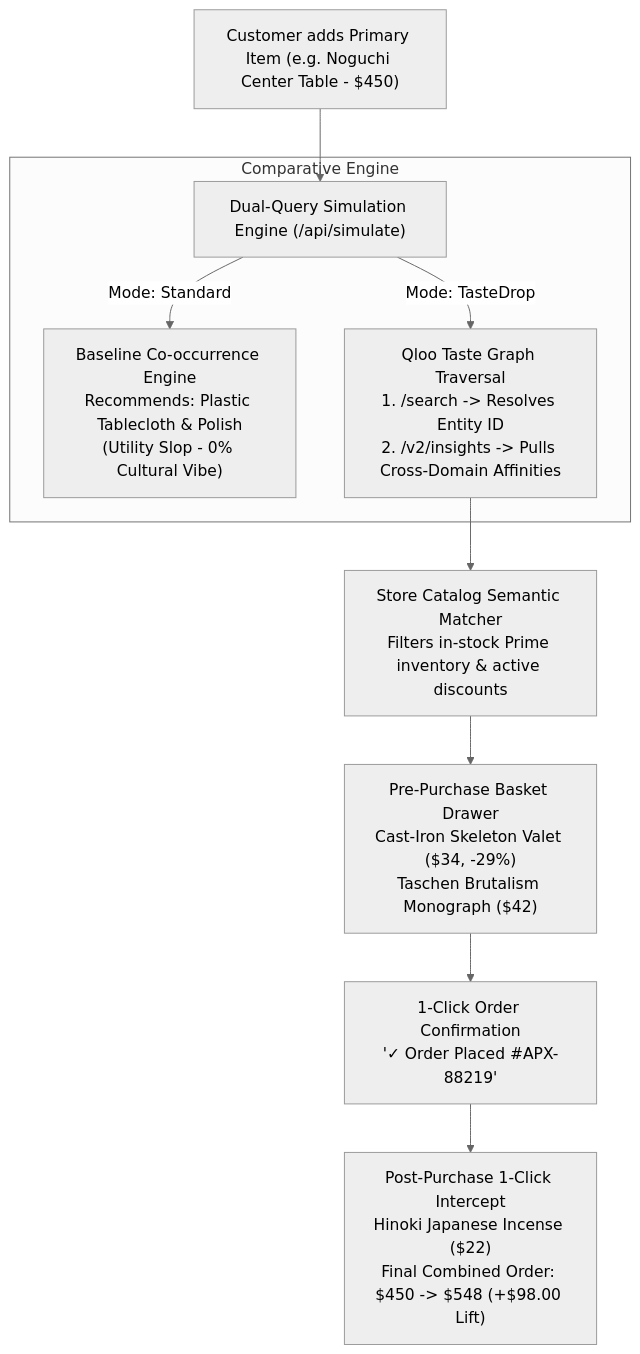
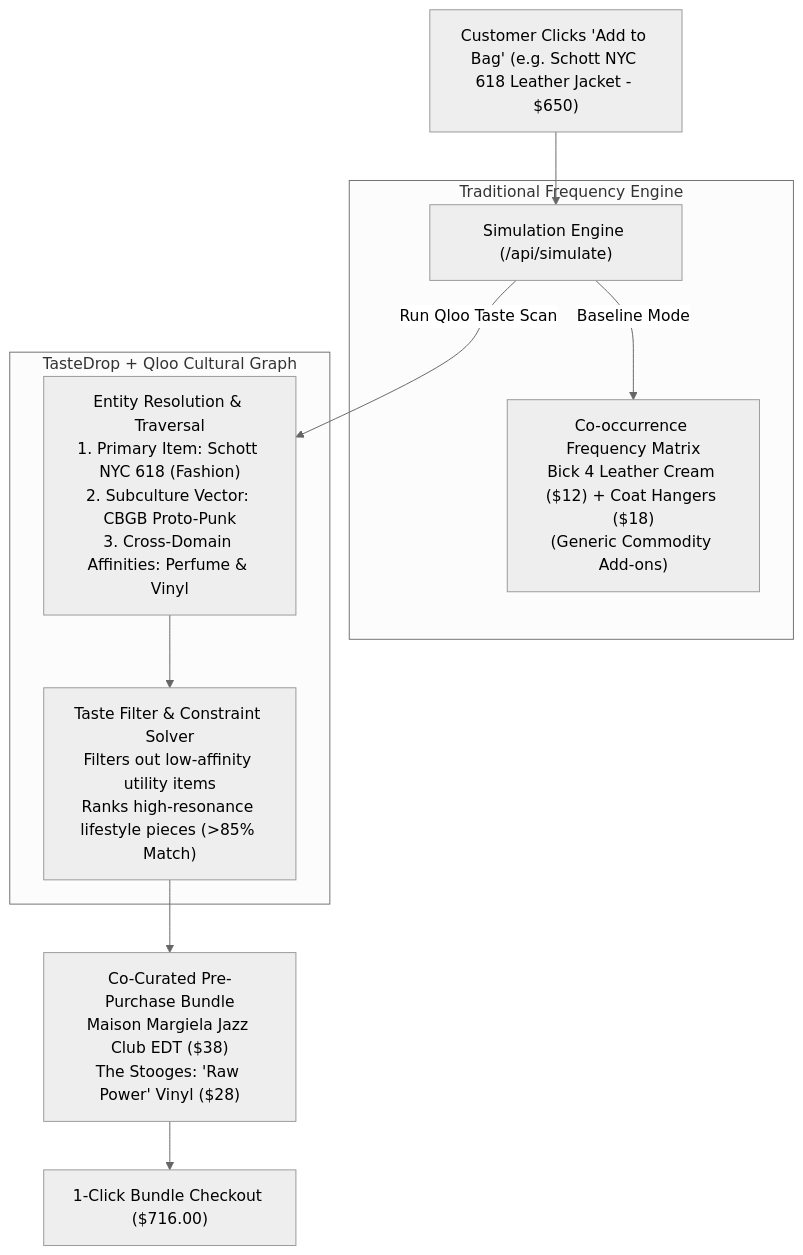
Before and after one commit to reachmeghanashyam-coder/tastedrop: the diagram in README.md, drawn with Mermaid (neutral theme). The commit also changed other lines of this file and 7 other files, not shown here.

Commit message:
fix(pipeline): wire live qloo insights to UI state, implement 4-stage decision lab, interactive abstention switcher, and calibrate claims

````diff
--- a/README.md
+++ b/README.md
@@ -38,14 +39,16 @@
 ```mermaid
 flowchart TD
-    A["Customer adds Primary Item (e.g. Noguchi Center Table - $450)"] --> B["Dual-Query Simulation Engine (/api/simulate)"]
+    A["Customer Clicks 'Add to Bag' (e.g. Schott NYC 618 Leather Jacket - $650)"] --> B["Simulation Engine (/api/simulate)"]
     
-    subgraph ComparativeEngine [Comparative Engine]
-        B -->|"Mode: Standard"| C["Baseline Co-occurrence Engine<br>Recommends: Plastic Tablecloth & Polish<br>(Utility Slop - 0% Cultural Vibe)"]
-        B -->|"Mode: TasteDrop"| D["Qloo Taste Graph Traversal<br>1. /search -> Resolves Entity ID<br>2. /v2/insights -> Pulls Cross-Domain Affinities"]
+    subgraph Traditional [Traditional Frequency Engine]
+        B -->|"Baseline Mode"| C["Co-occurrence Frequency Matrix<br>Bick 4 Leather Cream ($12) + Coat Hangers ($18)<br>(Generic Commodity Add-ons)"]
     end
 
-    D --> E["Store Catalog Semantic Matcher<br>Filters in-stock Prime inventory & active discounts"]
-    E --> F["Pre-Purchase Basket Drawer<br>Cast-Iron Skeleton Valet ($34, -29%)<br>Taschen Brutalism Monograph ($42)"]
-    F --> G["1-Click Order Confirmation<br>'✓ Order Placed #APX-88219'"]
-    G --> H["Post-Purchase 1-Click Intercept<br>Hinoki Japanese Incense ($22)<br>Final Combined Order: $450 -> $548 (+$98.00 Lift)"]
+    subgraph QlooIntelligence [TasteDrop + Qloo Cultural Graph]
+        B -->|"Run Qloo Taste Scan"| D["Entity Resolution & Traversal<br>1. Primary Item: Schott NYC 618 (Fashion)<br>2. Subculture Vector: CBGB Proto-Punk<br>3. Cross-Domain Affinities: Perfume & Vinyl"]
+        D --> E["Taste Filter & Constraint Solver<br>Filters out low-affinity utility items<br>Ranks high-resonance lifestyle pieces (>85% Match)"]
+    end
+
+    E --> F["Co-Curated Pre-Purchase Bundle<br>Maison Margiela Jazz Club EDT ($38)<br>The Stooges: 'Raw Power' Vinyl ($28)"]
+    F --> G["1-Click Bundle Checkout ($716.00)"]
 ```
````
